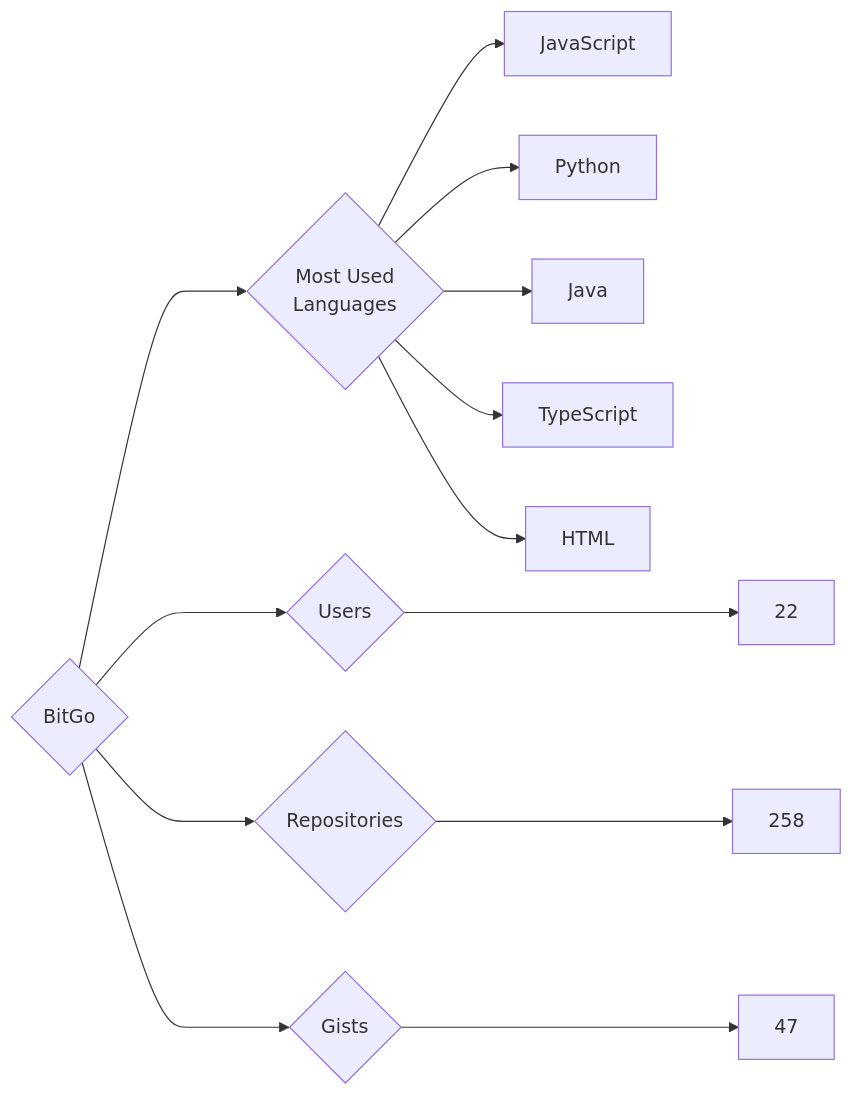
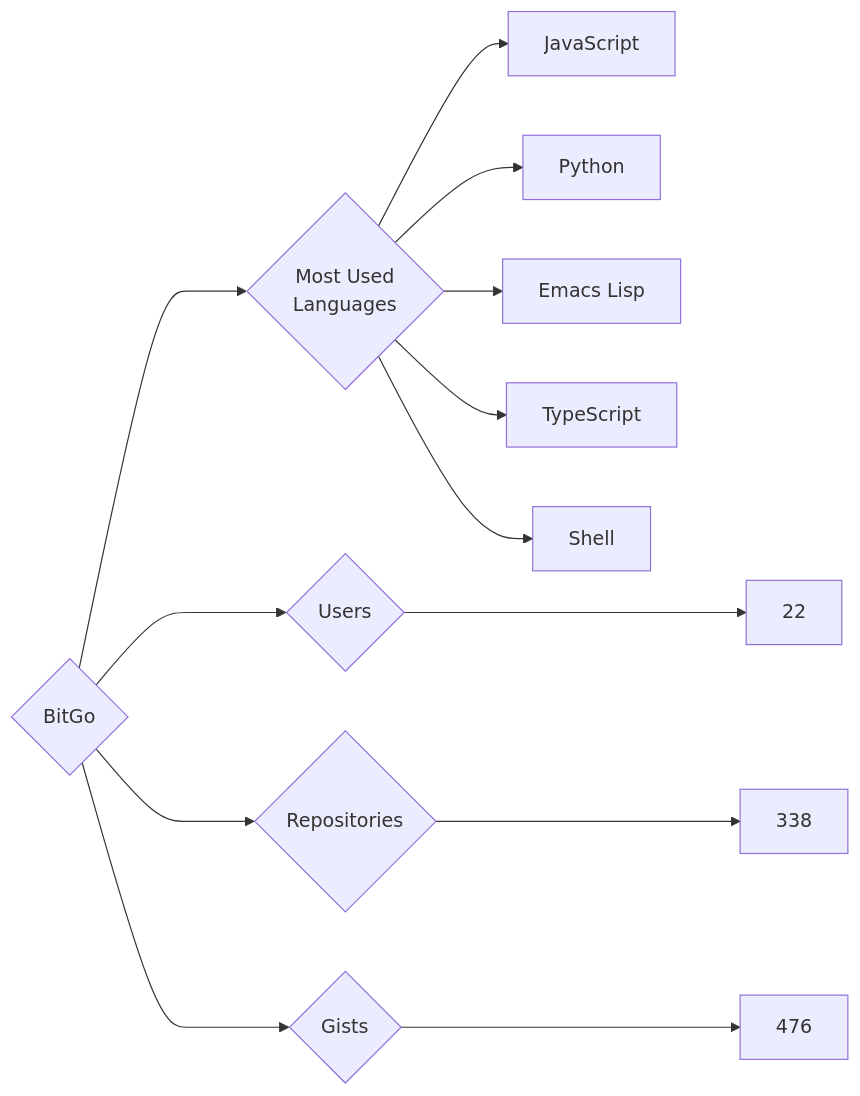
Before and after one commit to trickest/insiders: the diagram in targets/BitGo/README.md, drawn with Mermaid. The commit also changed 786 other files, not shown here.

````diff
--- a/targets/BitGo/README.md
+++ b/targets/BitGo/README.md
@@ -3,13 +3,13 @@
 ```mermaid
 graph LR
 COMPANY_NAME{BitGo}
 COMPANY_NAME ---> U{Users} ---> UN[22]
-COMPANY_NAME ---> R{Repositories} ---> RN[258]
-COMPANY_NAME ---> G{Gists} ---> GN[47]
+COMPANY_NAME ---> R{Repositories} ---> RN[338]
+COMPANY_NAME ---> G{Gists} ---> GN[476]
 COMPANY_NAME ---> ML{Most Used<br>Languages}
 ML --> JavaScript[JavaScript]
 ML --> Python[Python]
-ML --> Java[Java]
+ML --> Emacs_Lisp[Emacs Lisp]
 ML --> TypeScript[TypeScript]
-ML --> HTML[HTML]
+ML --> Shell[Shell]
 ```
````
